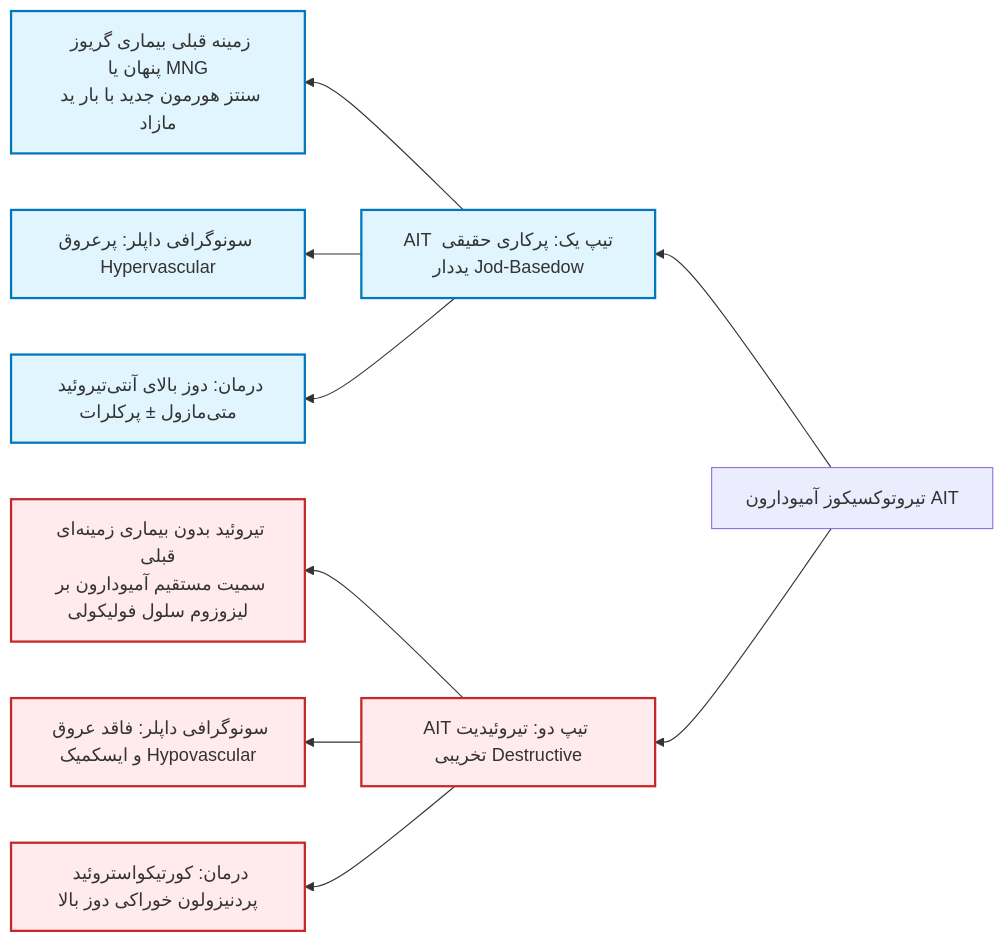
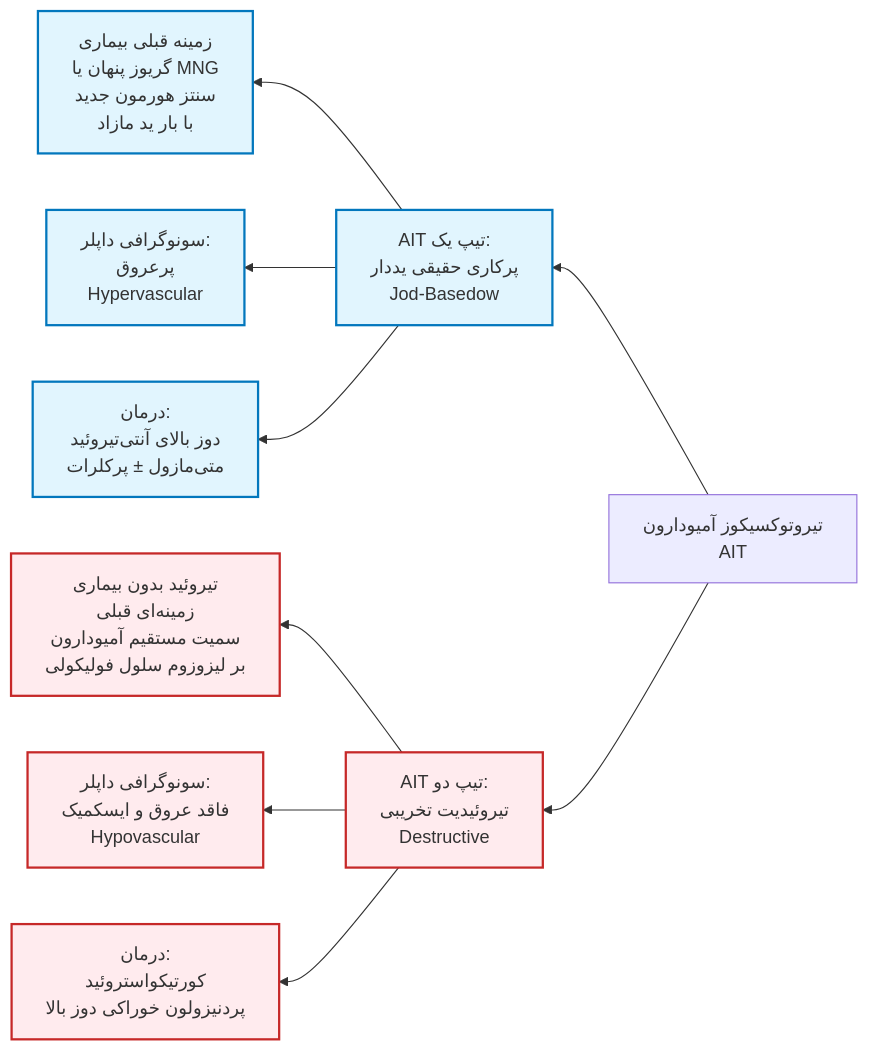
Before and after one commit to neopulse-hub/TUMS-1402-1-neo: the eighth of 8 diagrams in 07/مبانی غدد/هیوگلیسمی و تیروئیدیت.md, drawn with Mermaid. The commit also changed other lines of this file, not shown here.

Commit message:
Update هیوگلیسمی و تیروئیدیت.md

````diff
--- a/07/مبانی غدد/هیوگلیسمی و تیروئیدیت.md
+++ b/07/مبانی غدد/هیوگلیسمی و تیروئیدیت.md
@@ -342,16 +343,17 @@
 ```mermaid
 flowchart RL
-    classDef t1 fill:#e1f5fe,stroke:#0277bd,stroke-width:2px;
-    classDef t2 fill:#ffebee,stroke:#c62828,stroke-width:2px;
 
-    AIT[تیروتوکسیکوز آمیودارون AIT] --> T1[AIT تیپ یک: پرکاری حقیقی یددار Jod-Basedow]:::t1
-    AIT --> T2[AIT تیپ دو: تیروئیدیت تخریبی Destructive]:::t2
+classDef t1 fill:#e1f5fe,stroke:#0277bd,stroke-width:2px;
 
-    T1 --> T1_Mech[زمینه قبلی بیماری گریوز پنهان یا MNG<br>سنتز هورمون جدید با بار ید مازاد]:::t1
-    T1 --> T1_Dopp[سونوگرافی داپلر: پرعروق Hypervascular]:::t1
-    T1 --> T1_Tx[درمان: دوز بالای آنتی‌تیروئید متی‌مازول ± پرکلرات]:::t1
+classDef t2 fill:#ffebee,stroke:#c62828,stroke-width:2px;
+AIT[تیروتوکسیکوز آمیودارون<br>AIT] --> T1[AIT تیپ یک:<br>پرکاری حقیقی یددار<br>Jod-Basedow]:::t1
+AIT --> T2[AIT تیپ دو:<br>تیروئیدیت تخریبی<br>Destructive]:::t2
 
-    T2 --> T2_Mech[تیروئید بدون بیماری زمینه‌ای قبلی<br>سمیت مستقیم آمیودارون بر لیزوزوم سلول فولیکولی]:::t2
-    T2 --> T2_Dopp[سونوگرافی داپلر: فاقد عروق و ایسکمیک Hypovascular]:::t2
-    T2 --> T2_Tx[درمان: کورتیکواستروئید پردنیزولون خوراکی دوز بالا]:::t2
+T1 --> T1_Mech[زمینه قبلی بیماری<br>گریوز پنهان یا MNG<br>سنتز هورمون جدید<br>با بار ید مازاد]:::t1
+T1 --> T1_Dopp[سونوگرافی داپلر:<br>پرعروق<br>Hypervascular]:::t1
+T1 --> T1_Tx[درمان:<br>دوز بالای آنتی‌تیروئید<br>متی‌مازول ± پرکلرات]:::t1
+
+T2 --> T2_Mech[تیروئید بدون بیماری<br>زمینه‌ای قبلی<br>سمیت مستقیم آمیودارون<br>بر لیزوزوم سلول فولیکولی]:::t2
+T2 --> T2_Dopp[سونوگرافی داپلر:<br>فاقد عروق و ایسکمیک<br>Hypovascular]:::t2
+T2 --> T2_Tx[درمان:<br>کورتیکواستروئید<br>پردنیزولون خوراکی دوز بالا]:::t2
 ```
````
